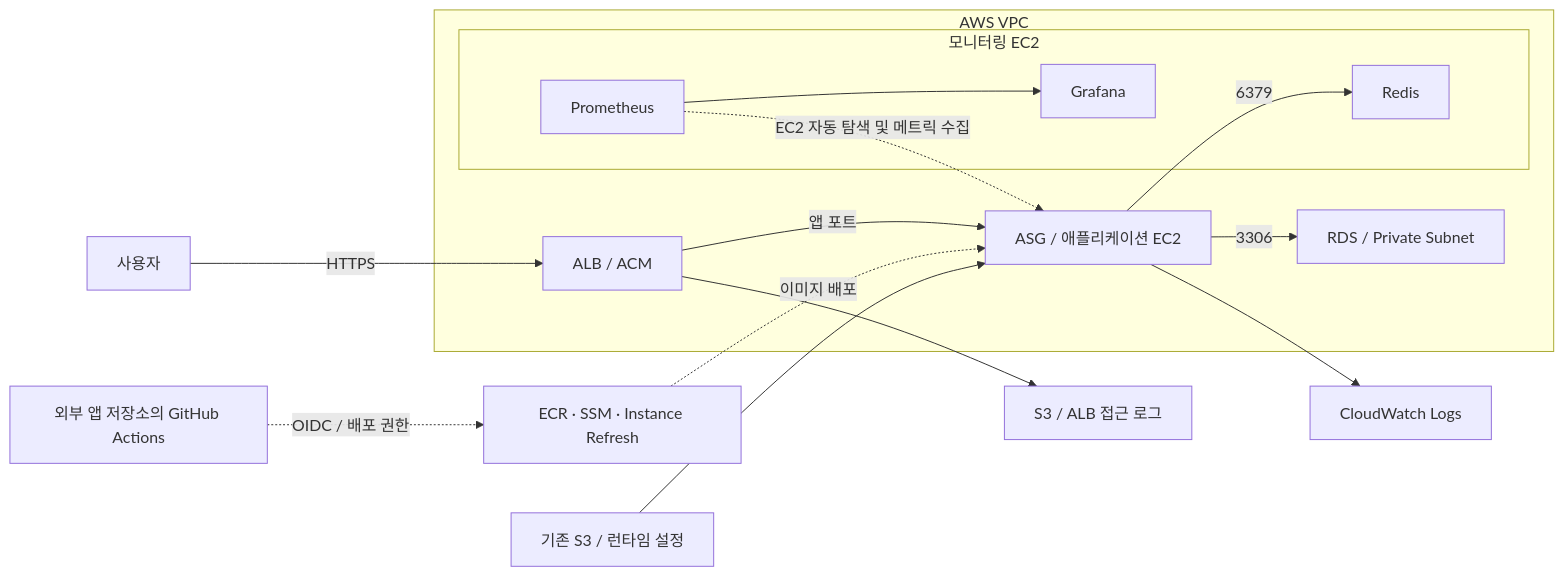
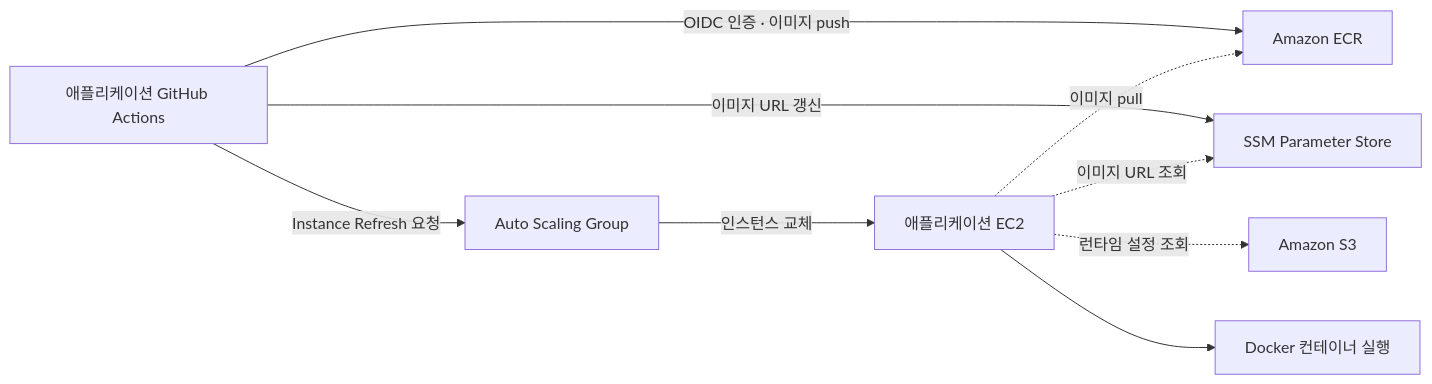
The second of 2 diagrams in README.md (seojelee9999/Jeonlog-infr), drawn with Mermaid before and after one commit. The commit also changed other lines of this file, not shown here.

Commit message:
docs: focus portfolio README on service architecture

````diff
--- a/README.md
+++ b/README.md
@@ -60,19 +90,11 @@
 ```mermaid
 flowchart LR
-    Client[사용자] -->|HTTPS| ALB[ALB / ACM]
-    subgraph VPC[AWS VPC]
-        ALB -->|앱 포트| ASG[ASG / 애플리케이션 EC2]
-        ASG -->|3306| RDS[RDS / Private Subnet]
-        ASG -->|6379| Redis[Redis]
-        subgraph Monitor[모니터링 EC2]
-            Prom[Prometheus] --> Grafana[Grafana]
-            Redis
-        end
-        Prom -.->|EC2 자동 탐색 및 메트릭 수집| ASG
-    end
-    Actions[외부 앱 저장소의 GitHub Actions] -.->|OIDC / 배포 권한| Deploy[ECR · SSM · Instance Refresh]
-    Deploy -.->|이미지 배포| ASG
-    S3[기존 S3 / 런타임 설정] --> ASG
-    ASG --> CW[CloudWatch Logs]
-    ALB --> Logs[S3 / ALB 접근 로그]
+    CI["애플리케이션 GitHub Actions"] -->|OIDC 인증 · 이미지 push| ECR["Amazon ECR"]
+    CI -->|이미지 URL 갱신| SSM["SSM Parameter Store"]
+    CI -->|Instance Refresh 요청| ASG["Auto Scaling Group"]
+    ASG -->|인스턴스 교체| EC2["애플리케이션 EC2"]
+    EC2 -.->|이미지 pull| ECR
+    EC2 -.->|이미지 URL 조회| SSM
+    EC2 -.->|런타임 설정 조회| S3["Amazon S3"]
+    EC2 --> Docker["Docker 컨테이너 실행"]
 ```
````
